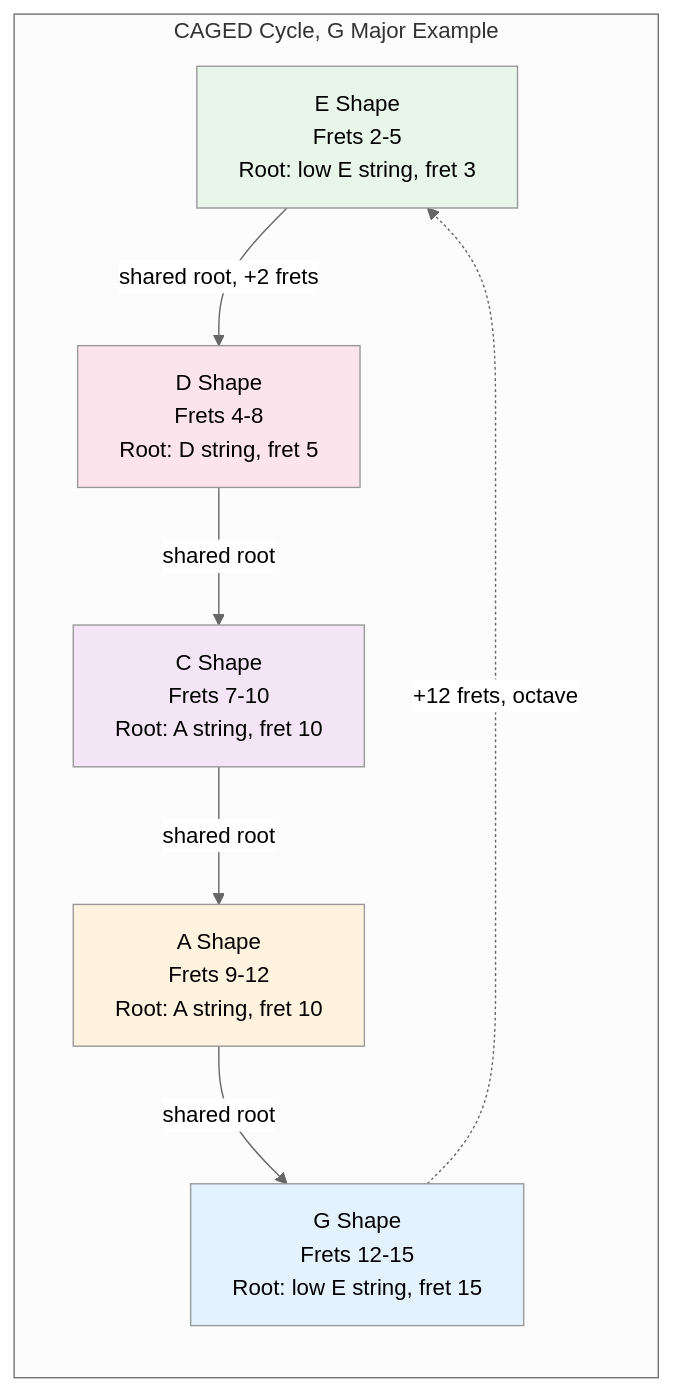
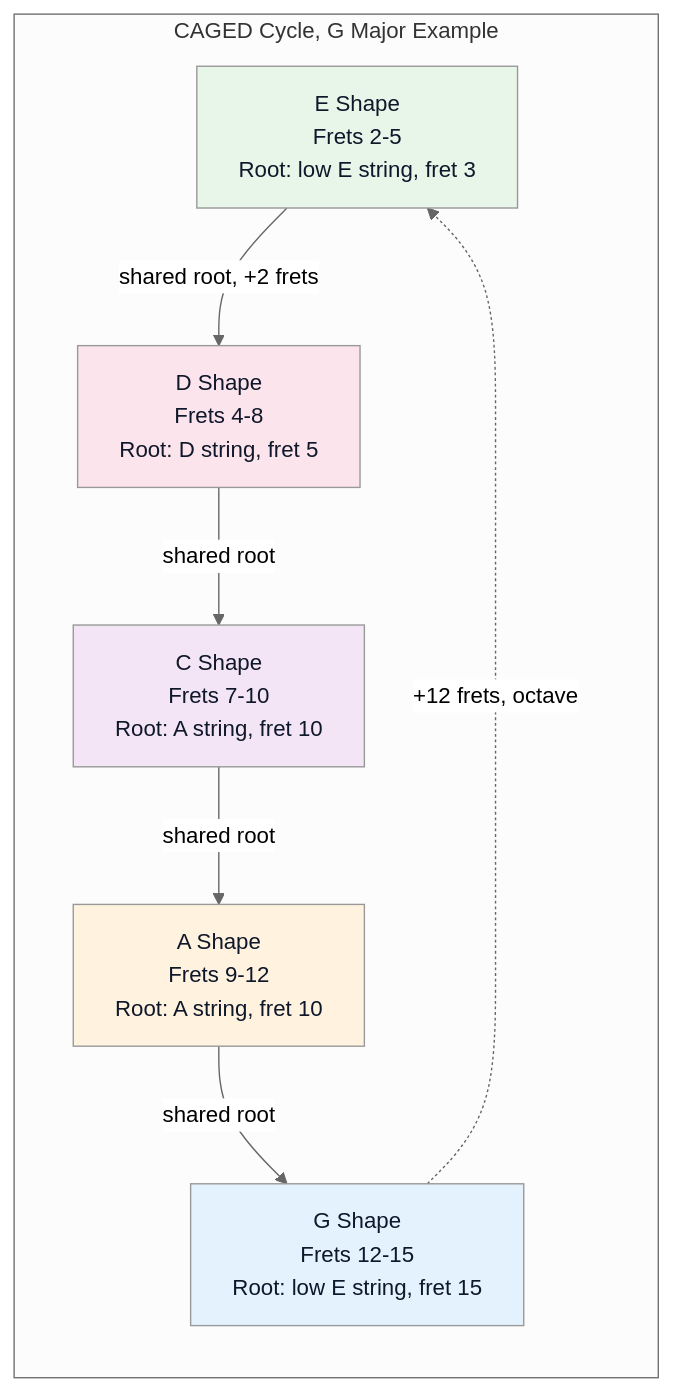
Before and after one commit to blebleblee/synapse: the fourth of 6 diagrams in topics/arts/music_performance/guitar/lesson_03_scales_and_modes.md, drawn with Mermaid (neutral theme). The commit also changed other lines of this file and 1464 other files, not shown here.

Commit message:
feat(release): curriculum vector mermaid upgrade, render hardening, and master synpack

````diff
--- a/topics/arts/music_performance/guitar/lesson_03_scales_and_modes.md
+++ b/topics/arts/music_performance/guitar/lesson_03_scales_and_modes.md
@@ -88,22 +88,22 @@
 ```mermaid
 graph LR
     subgraph sub_caged_cycle ["CAGED Cycle, G Major Example"]
         Es["E Shape<br/>Frets 2-5<br/>Root: low E string, fret 3"]
         Ds["D Shape<br/>Frets 4-8<br/>Root: D string, fret 5"]
         Cs["C Shape<br/>Frets 7-10<br/>Root: A string, fret 10"]
         As["A Shape<br/>Frets 9-12<br/>Root: A string, fret 10"]
         Gs["G Shape<br/>Frets 12-15<br/>Root: low E string, fret 15"]
 
         Es -->|"shared root, +2 frets"| Ds
         Ds -->|"shared root"| Cs
         Cs -->|"shared root"| As
         As -->|"shared root"| Gs
         Gs -.->|"+12 frets, octave"| Es
     end
 
-    style Es fill:#e8f5e9
-    style Ds fill:#fce4ec
-    style Cs fill:#f3e5f5
-    style As fill:#fff3e0
-    style Gs fill:#e3f2fd
+    style Es fill:#e8f5e9,color:#0f172a
+    style Ds fill:#fce4ec,color:#0f172a
+    style Cs fill:#f3e5f5,color:#0f172a
+    style As fill:#fff3e0,color:#0f172a
+    style Gs fill:#e3f2fd,color:#0f172a
 ```
````
